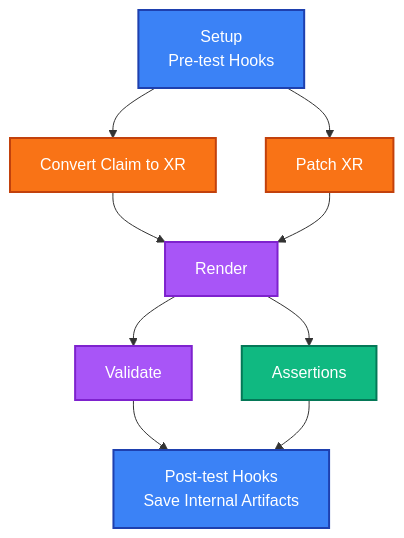
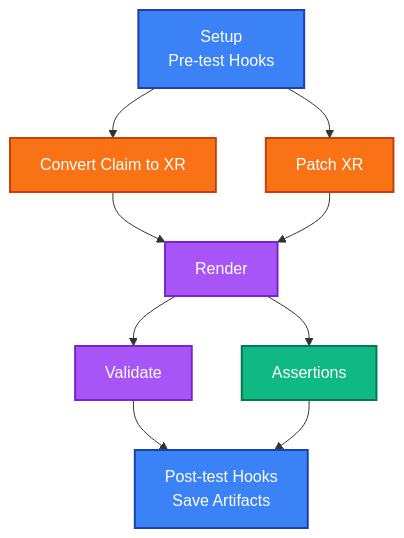
The diagram in README.md (crossplane-contrib/xprin), drawn with Mermaid before and after one commit. The commit also changed other lines of this file and 3 other files, not shown here.

First line of the commit message:
docs: write how-it-works for users and add architecture for the details

````diff
--- a/README.md
+++ b/README.md
@@ -141,19 +141,19 @@
 ```mermaid
 flowchart TD
     A["Setup<br/>Pre-test Hooks"] --> B[Convert Claim to XR]
     A --> C[Patch XR]
     B --> D[Render]
     C --> D
     D --> E[Validate]
     D --> F[Assertions]
-    E --> G[Post-test Hooks<br/>Save Internal Artifacts]
+    E --> G[Post-test Hooks<br/>Save Artifacts]
     F --> G
 
     style A fill:#3b82f6,stroke:#1e40af,stroke-width:2px,color:#fff
     style B fill:#f97316,stroke:#c2410c,stroke-width:2px,color:#fff
     style C fill:#f97316,stroke:#c2410c,stroke-width:2px,color:#fff
     style D fill:#a855f7,stroke:#7e22ce,stroke-width:2px,color:#fff
     style E fill:#a855f7,stroke:#7e22ce,stroke-width:2px,color:#fff
     style F fill:#10b981,stroke:#047857,stroke-width:2px,color:#fff
     style G fill:#3b82f6,stroke:#1e40af,stroke-width:2px,color:#fff
 ```
````
